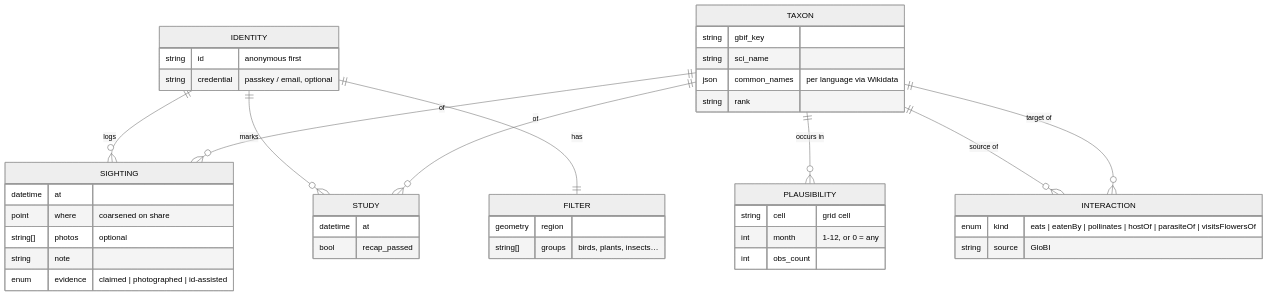
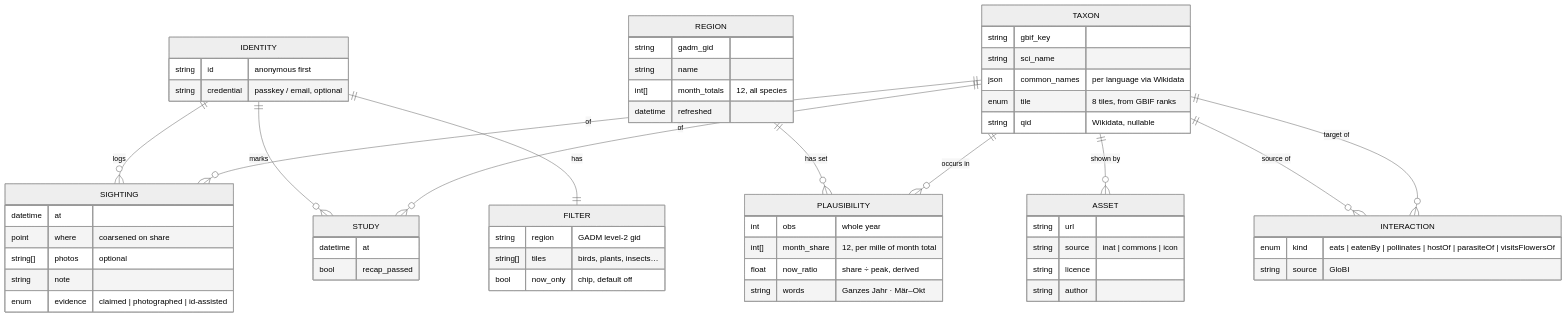
Before and after one commit to Standkreis/standkreis-dex: the first of 4 diagrams in docs/specs/0001-standkreis-dex-the-first-walk.md, drawn with Mermaid (neutral theme). The commit also changed other lines of this file and 44 other files, not shown here.

````diff
--- a/docs/specs/0001-standkreis-dex-the-first-walk.md
+++ b/docs/specs/0001-standkreis-dex-the-first-walk.md
@@ -40,18 +40,22 @@
 ```mermaid
 erDiagram
     IDENTITY ||--o{ SIGHTING : logs
     IDENTITY ||--o{ STUDY : marks
     IDENTITY ||--|| FILTER : has
     TAXON ||--o{ SIGHTING : of
     TAXON ||--o{ STUDY : of
+    REGION ||--o{ PLAUSIBILITY : "has set"
     TAXON ||--o{ PLAUSIBILITY : "occurs in"
+    TAXON ||--o{ ASSET : "shown by"
     TAXON ||--o{ INTERACTION : "source of"
     TAXON ||--o{ INTERACTION : "target of"
     IDENTITY { string id "anonymous first" string credential "passkey / email, optional" }
-    FILTER { geometry region  string[] groups "birds, plants, insects…" }
+    FILTER { string region "GADM level-2 gid" string[] tiles "birds, plants, insects…" bool now_only "chip, default off" }
     SIGHTING { datetime at  point where "coarsened on share" string[] photos "optional" string note  enum evidence "claimed | photographed | id-assisted" }
     STUDY { datetime at  bool recap_passed }
-    TAXON { string gbif_key  string sci_name  json common_names "per language via Wikidata" string rank }
-    PLAUSIBILITY { string cell "grid cell" int month "1-12, or 0 = any" int obs_count }
+    TAXON { string gbif_key  string sci_name  json common_names "per language via Wikidata" enum tile "8 tiles, from GBIF ranks" string qid "Wikidata, nullable" }
+    REGION { string gadm_gid  string name  int[] month_totals "12, all species" datetime refreshed }
+    PLAUSIBILITY { int obs "whole year" int[] month_share "12, per mille of month total" float now_ratio "share ÷ peak, derived" string words "Ganzes Jahr · Mär–Okt" }
+    ASSET { string url  string source "inat | commons | icon" string licence  string author }
     INTERACTION { enum kind "eats | eatenBy | pollinates | hostOf | parasiteOf | visitsFlowersOf" string source "GloBI" }
 ```
````
